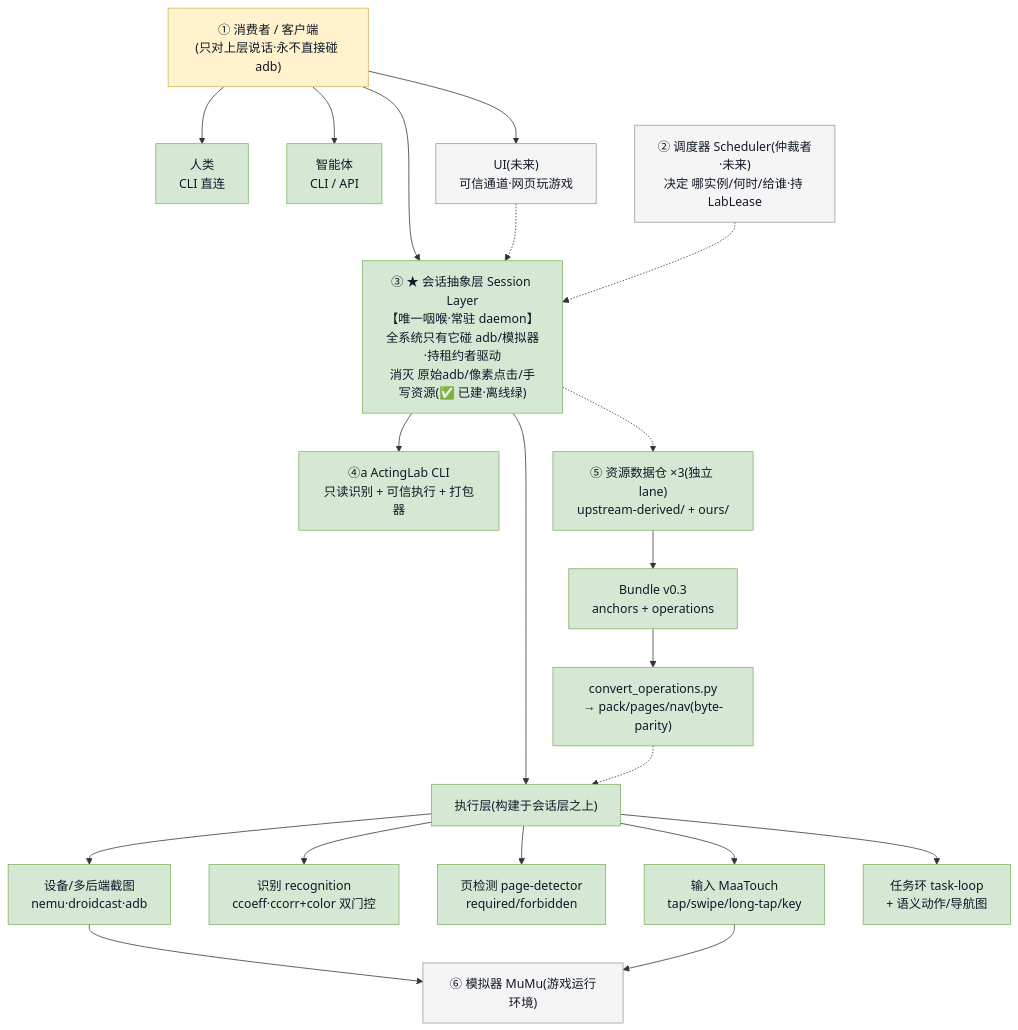
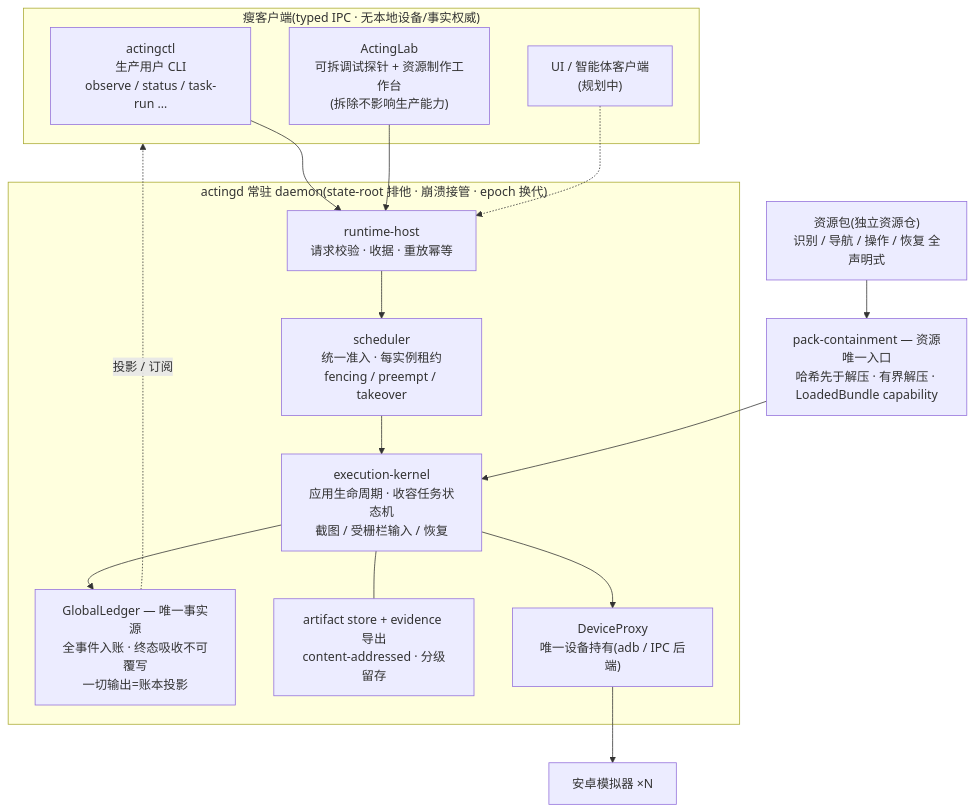
The diagram in README.md (HS7097/ActingCommand-Runtime), drawn with Mermaid before and after one commit. The commit also changed other lines of this file and 1 other file, not shown here.

First line of the commit message:
docs: refresh README (zh/en) to resident-runtime architecture

````diff
--- a/README.md
+++ b/README.md
@@ -58,60 +15,30 @@
 ```mermaid
 graph TD
-  a1["① 消费者 / 客户端<br/>(只对上层说话·永不直接碰 adb)"]
-  a2["人类<br/>CLI 直连"]
-  a3["智能体<br/>CLI / API"]
-  a4["UI(未来)<br/>可信通道·网页玩游戏"]
+  subgraph clients["瘦客户端(typed IPC · 无本地设备/事实权威)"]
+    ctl["actingctl<br/>生产用户 CLI<br/>observe / status / task-run …"]
+    lab["ActingLab<br/>可拆调试探针 + 资源制作工作台<br/>(拆除不影响生产能力)"]
+    fut["UI / 智能体客户端<br/>(规划中)"]
+  end
 
-  sc["② 调度器 Scheduler(仲裁者·未来)<br/>决定 哪实例/何时/给谁·持 LabLease"]
+  subgraph daemon["actingd 常驻 daemon(state-root 排他 · 崩溃接管 · epoch 换代)"]
+    host["runtime-host<br/>请求校验 · 收据 · 重放幂等"]
+    sched["scheduler<br/>统一准入 · 每实例租约<br/>fencing / preempt / takeover"]
+    kernel["execution-kernel<br/>应用生命周期 · 收容任务状态机<br/>截图 / 受栅栏输入 / 恢复"]
+    ledger["GlobalLedger — 唯一事实源<br/>全事件入账 · 终态吸收不可覆写<br/>一切输出=账本投影"]
+    store["artifact store + evidence 导出<br/>content-addressed · 分级留存"]
+    dev["DeviceProxy<br/>唯一设备持有(adb / IPC 后端)"]
+  end
 
-  s0["③ ★ 会话抽象层 Session Layer<br/>【唯一咽喉·常驻 daemon】<br/>全系统只有它碰 adb/模拟器·持租约者驱动<br/>消灭 原始adb/像素点击/手写资源(✅ 已建·离线绿)"]
+  contain["pack-containment — 资源唯一入口<br/>哈希先于解压 · 有界解压 · LoadedBundle capability"]
+  res["资源包(独立资源仓)<br/>识别 / 导航 / 操作 / 恢复 全声明式"]
+  emu["安卓模拟器 ×N"]
 
-  ex["执行层(构建于会话层之上)"]
-  e1["设备/多后端截图<br/>nemu·droidcast·adb"]
-  e2["识别 recognition<br/>ccoeff·ccorr+color 双门控"]
-  e3["页检测 page-detector<br/>required/forbidden"]
-  e4["输入 MaaTouch<br/>tap/swipe/long-tap/key"]
-  e5["任务环 task-loop<br/>+ 语义动作/导航图"]
-
-  lab["④a ActingLab CLI<br/>只读识别 + 可信执行 + 打包器"]
-
-  emu["⑥ 模拟器 MuMu(游戏运行环境)"]
-
-  r0["⑤ 资源数据仓 ×3(独立 lane)<br/>upstream-derived/ + ours/"]
-  r1["Bundle v0.3<br/>anchors + operations"]
-  r2["convert_operations.py<br/>→ pack/pages/nav(byte-parity)"]
-
-  a1 --> a2
-  a1 --> a3
-  a1 --> a4
-  a1 --> s0
-  a4 -.-> s0
-  sc -.-> s0
-  s0 --> ex
-  ex --> e1
-  ex --> e2
-  ex --> e3
-  ex --> e4
-  ex --> e5
-  s0 --> lab
-  e1 --> emu
-  e4 --> emu
-  r0 --> r1
-  r1 --> r2
-  r2 -.-> ex
-  s0 -.-> r0
-
-  classDef done fill:#d5e8d4,stroke:#82b366,color:#111827;
-  classDef wip fill:#fff2cc,stroke:#d6b656,color:#111827;
-  classDef todo fill:#ffe6cc,stroke:#d79b00,color:#111827;
-  classDef future fill:#f5f5f5,stroke:#999999,color:#111827;
-  classDef gate fill:#ffe6cc,stroke:#d79b00,color:#111827,stroke-dasharray:5 3;
-
-  class s0 done;
-  class a2,a3 done;
-  class a1 wip;
-  class ex,e1,e2,e3,e4,e5,lab done;
-  class r0,r1,r2 done;
-  class a4,sc future;
-  class emu future;
+  ctl --> host
+  lab --> host
+  fut -.-> host
+  host --> sched --> kernel --> dev --> emu
+  res --> contain --> kernel
+  kernel --> ledger
+  ledger -.->|投影 / 订阅| clients
+  kernel --- store
 ```
````
